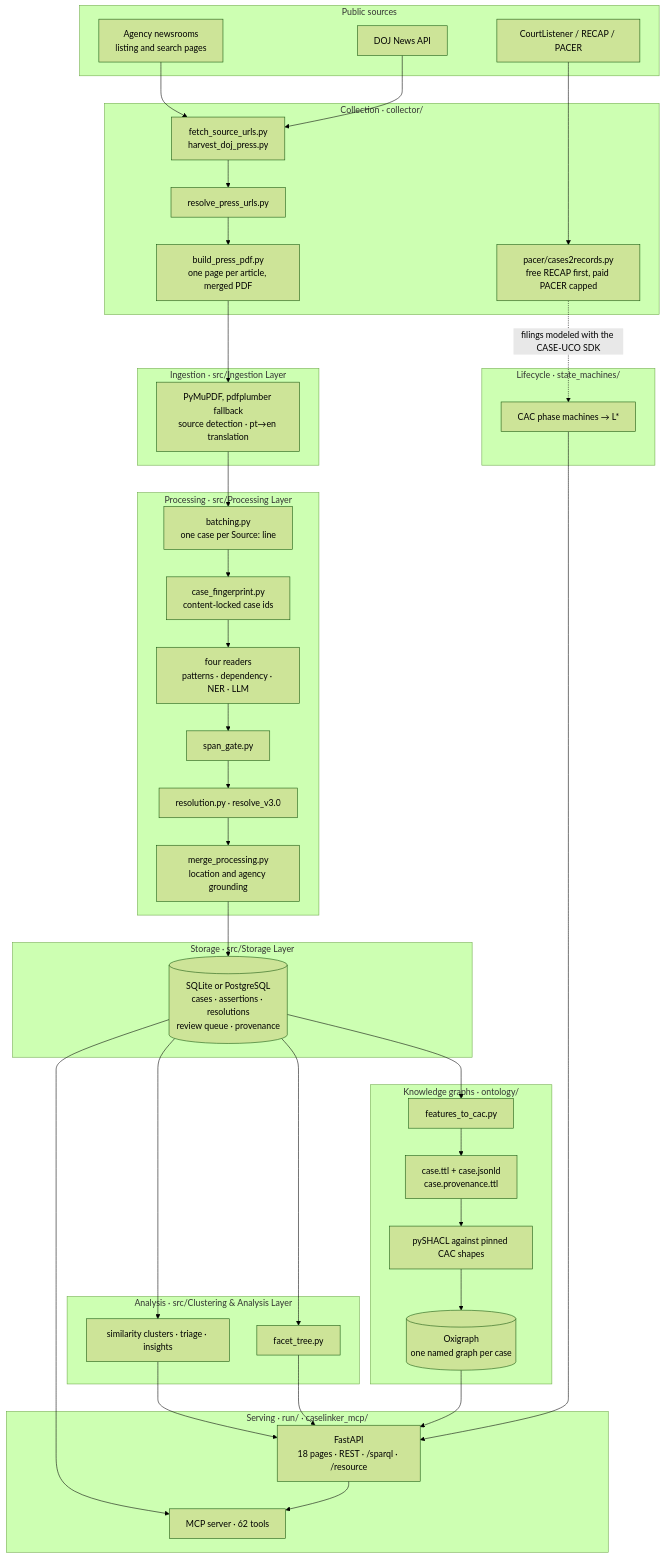
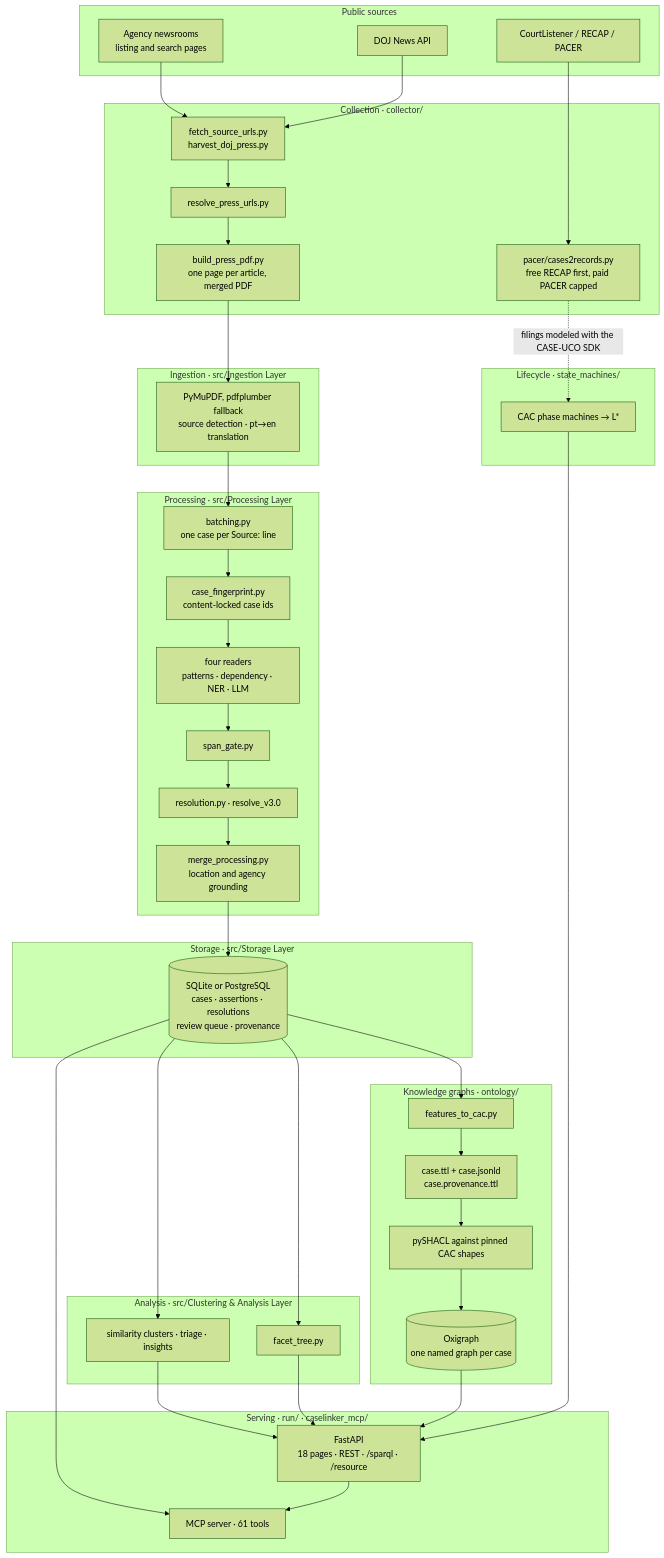
The first of 6 diagrams in ARCHITECTURE.md (mrinaalr/CaseLinker), drawn with Mermaid (forest theme) before and after one commit. The commit also changed other lines of this file and 8 other files, not shown here.

````diff
--- a/ARCHITECTURE.md
+++ b/ARCHITECTURE.md
@@ -39,65 +39,65 @@
 ```mermaid
 flowchart TD
   subgraph SRC["Public sources"]
     NEWS["Agency newsrooms<br/>listing and search pages"]
     DOJ["DOJ News API"]
     COURT["CourtListener / RECAP / PACER"]
   end
 
   subgraph COL["Collection · collector/"]
     URLS["fetch_source_urls.py<br/>harvest_doj_press.py"]
     RESOLVE["resolve_press_urls.py"]
     PDF["build_press_pdf.py<br/>one page per article, merged PDF"]
     C2R["pacer/cases2records.py<br/>free RECAP first, paid PACER capped"]
   end
 
   subgraph ING["Ingestion · src/Ingestion Layer"]
     TXT["PyMuPDF, pdfplumber fallback<br/>source detection · pt→en translation"]
   end
 
   subgraph PROC["Processing · src/Processing Layer"]
     BATCH["batching.py<br/>one case per Source: line"]
     FP["case_fingerprint.py<br/>content-locked case ids"]
     READERS["four readers<br/>patterns · dependency · NER · LLM"]
     GATE["span_gate.py"]
     RESOLVE2["resolution.py · resolve_v3.0"]
     MERGE["merge_processing.py<br/>location and agency grounding"]
   end
 
   subgraph STORE["Storage · src/Storage Layer"]
     DB[("SQLite or PostgreSQL<br/>cases · assertions · resolutions<br/>review queue · provenance")]
   end
 
   subgraph ANA["Analysis · src/Clustering & Analysis Layer"]
     SIM["similarity clusters · triage · insights"]
     FACET["facet_tree.py"]
   end
 
   subgraph KG["Knowledge graphs · ontology/"]
     MAP["features_to_cac.py"]
     TTL["case.ttl + case.jsonld<br/>case.provenance.ttl"]
     SHACL["pySHACL against pinned CAC shapes"]
     OX[("Oxigraph<br/>one named graph per case")]
   end
 
   subgraph SM["Lifecycle · state_machines/"]
     LSTAR["CAC phase machines → L*"]
   end
 
   subgraph SERVE["Serving · run/ · caselinker_mcp/"]
     API["FastAPI<br/>18 pages · REST · /sparql · /resource"]
-    MCP["MCP server · 62 tools"]
+    MCP["MCP server · 61 tools"]
   end
 
   NEWS --> URLS
   DOJ --> URLS
   URLS --> RESOLVE --> PDF
   COURT --> C2R
   PDF --> TXT --> BATCH --> FP --> READERS --> GATE --> RESOLVE2 --> MERGE --> DB
   DB --> SIM --> API
   DB --> FACET --> API
   DB --> MAP --> TTL --> SHACL --> OX --> API
   C2R -.->|"filings modeled with the CASE-UCO SDK"| LSTAR --> API
   DB --> MCP
   API --> MCP
 ```
````
